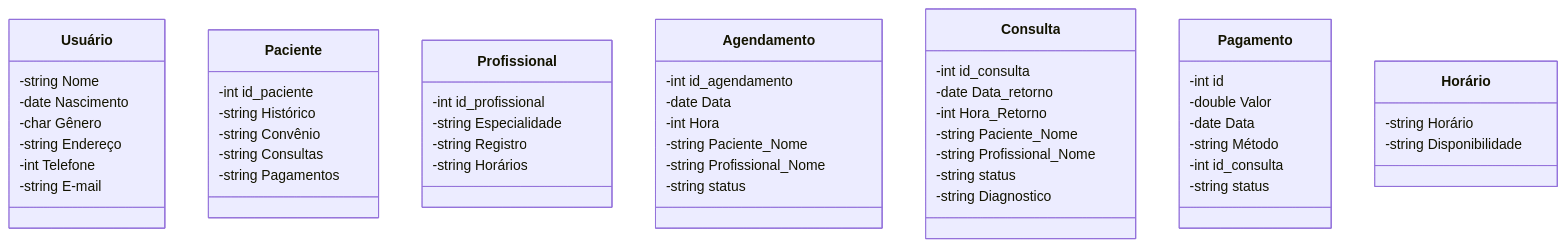
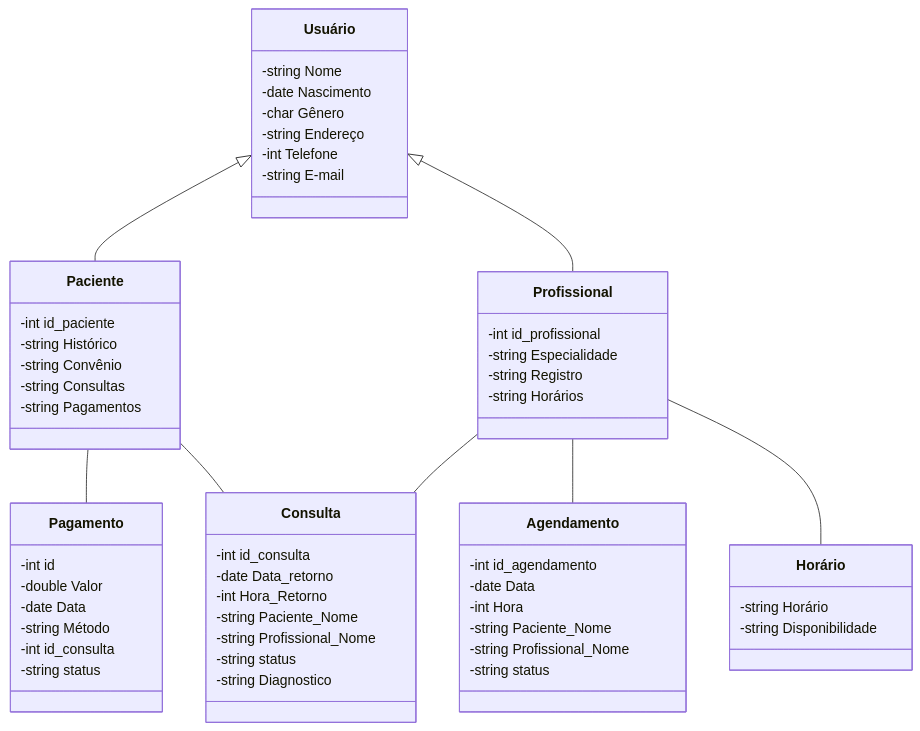
One commit to Luisf66/SIG-CLINIC changed the diagram in README.md. Above: the diagram before and after it, drawn with Mermaid.

Commit message:
docs: Conclusão do diagrama de classes

````diff
--- a/README.md
+++ b/README.md
@@ -8,55 +8,62 @@
 ```mermaid
 classDiagram    
+    Usuário <|-- Paciente
+    Usuário <|-- Profissional
+    Profissional "" -- "" Agendamento
+    Paciente "" -- "" Pagamento
+    Paciente "" -- "" Consulta
+    Profissional "" -- "" Consulta
+    Profissional "" -- "" Horário
     class Usuário {
         -string Nome
         -date Nascimento
         -char Gênero
         -string Endereço
         -int Telefone
         -string E-mail
 
     }
     class Paciente {
         -int id_paciente
         -string Histórico 
         -string Convênio 
         -string Consultas 
         -string Pagamentos
 
     }
     class Profissional {
         -int id_profissional
         -string Especialidade 
         -string Registro
         -string Horários
     }
     class Agendamento {
         -int id_agendamento
         -date Data
         -int Hora
         -string Paciente_Nome
         -string Profissional_Nome
         -string status
     }
     class Consulta {
         -int id_consulta
         -date Data_retorno
         -int Hora_Retorno
         -string Paciente_Nome
         -string Profissional_Nome
         -string status
         -string Diagnostico
     }
     class Pagamento {
         -int id
         -double Valor
         -date Data
         -string Método
         -int id_consulta
         -string status
     }
     class Horário {
         -string Horário
         -string Disponibilidade
     }
 ```
````
